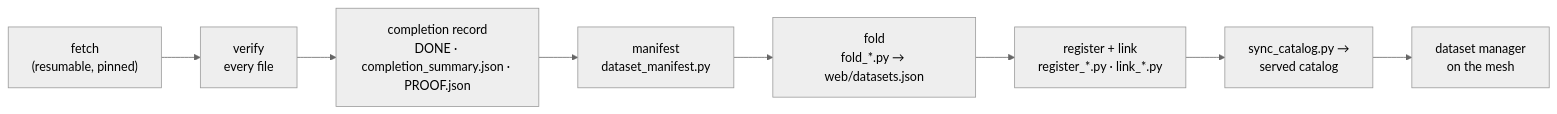
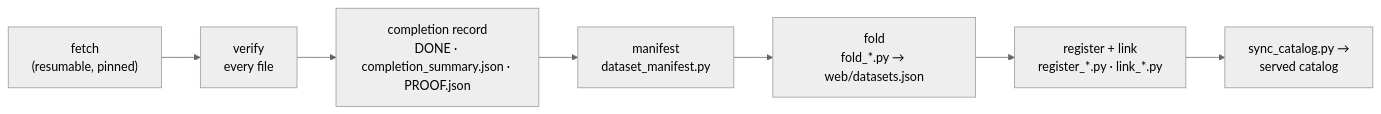
The diagram in docs/system/acquisition.md (ThePanAtlas/docs), drawn with Mermaid (neutral theme) before and after one commit. The commit also changed other lines of this file and 19 other files, not shown here.

````diff
--- a/docs/system/acquisition.md
+++ b/docs/system/acquisition.md
@@ -12,10 +12,9 @@
 ```mermaid
 flowchart LR
   F["fetch<br/>(resumable, pinned)"] --> V["verify<br/>every file"]
   V --> D["completion record<br/>DONE · completion_summary.json · PROOF.json"]
   D --> M["manifest<br/>dataset_manifest.py"]
   M --> FO["fold<br/>fold_*.py → web/datasets.json"]
   FO --> R["register + link<br/>register_*.py · link_*.py"]
   R --> C["sync_catalog.py →<br/>served catalog"]
-  C --> MG["dataset manager<br/>on the mesh"]
 ```
````
